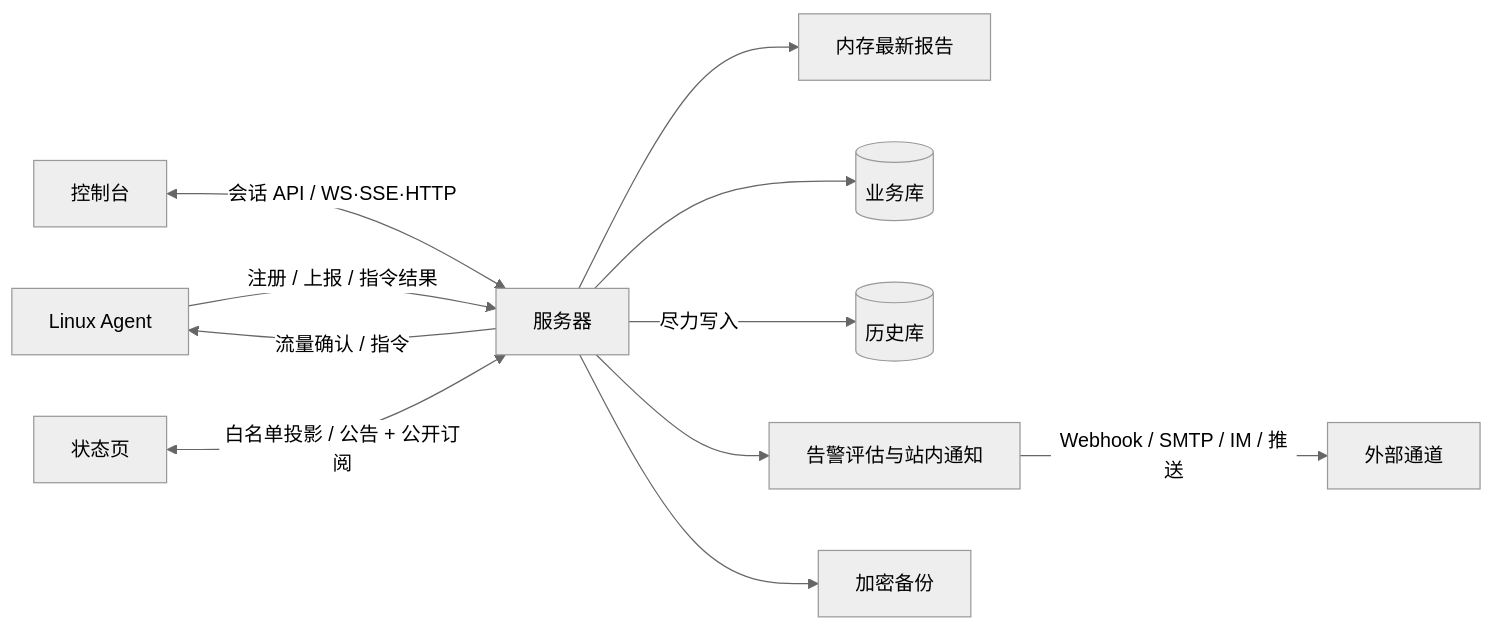
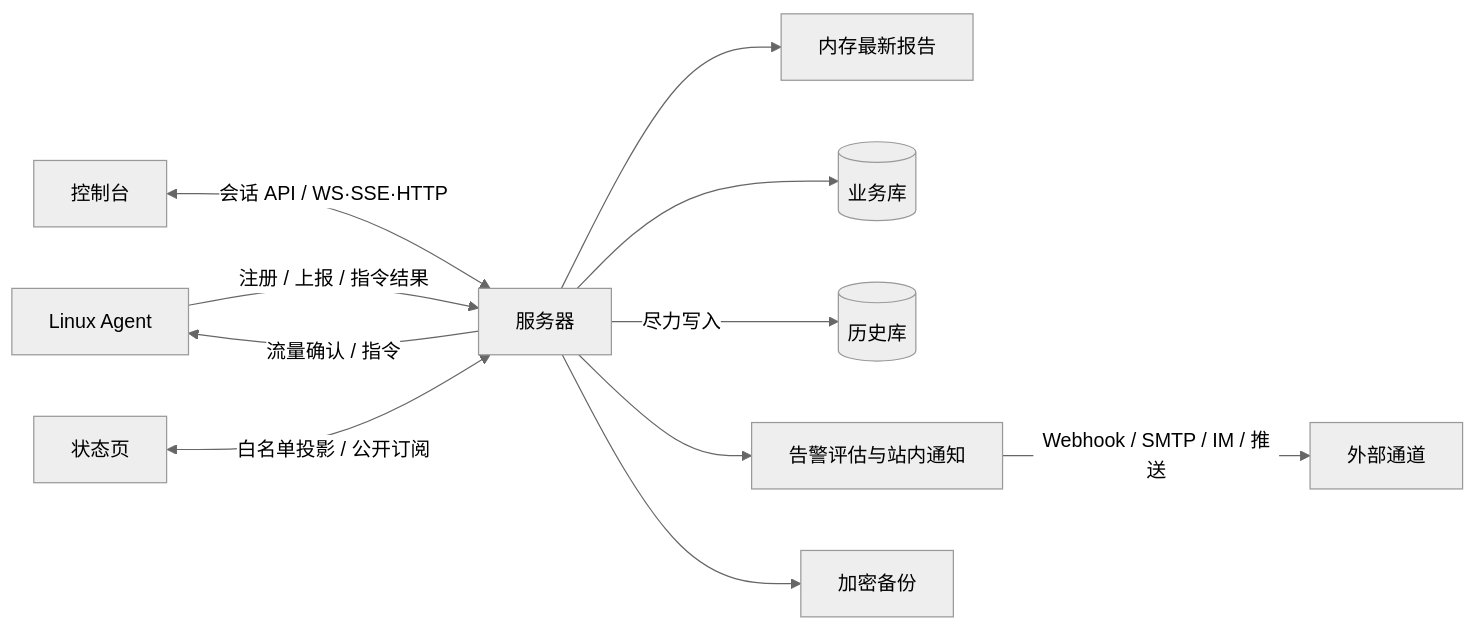
The first of 3 diagrams in docs/architecture.md (MR-MonkeyRay/orbit-beacon), drawn with Mermaid (neutral theme) before and after one commit. The commit also changed other lines of this file and 64 other files, not shown here.

````diff
--- a/docs/architecture.md
+++ b/docs/architecture.md
@@ -7,13 +7,13 @@
 ```mermaid
 flowchart LR
     A[Linux Agent] -->|注册 / 上报 / 指令结果| S[服务器]
     S -->|流量确认 / 指令| A
     S --> M[内存最新报告]
     S --> B[(业务库)]
     S -->|尽力写入| H[(历史库)]
     C[控制台] <-->|会话 API / WS·SSE·HTTP| S
-    P[状态页] <-->|白名单投影 / 公告 + 公开订阅| S
+    P[状态页] <-->|白名单投影 / 公开订阅| S
     S --> N[告警评估与站内通知]
     N -->|Webhook / SMTP / IM / 推送| X[外部通道]
     S --> K[加密备份]
 ```
````
